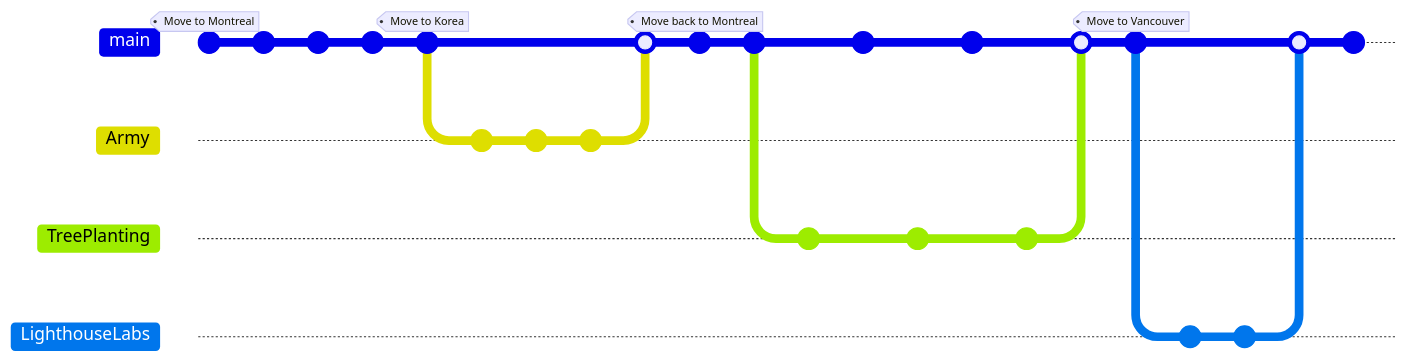
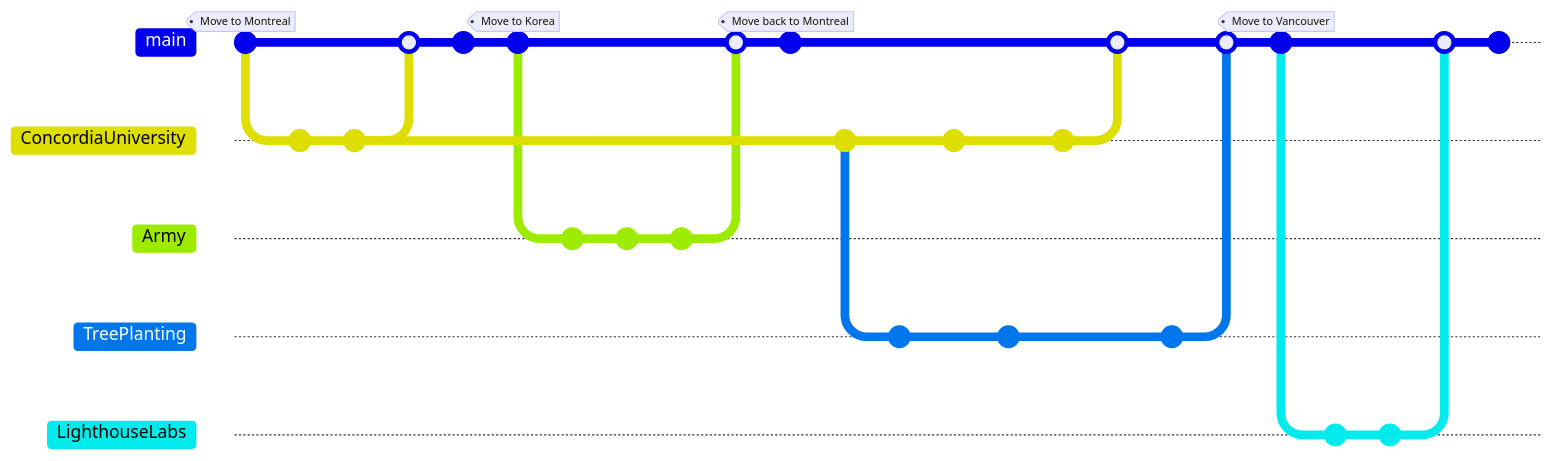
Before and after one commit to jakinyang/jakinyang: the diagram in README.md, drawn with Mermaid. Commit ids are hidden.

Commit message:
--fix mermaid diagram

````diff
--- a/README.md
+++ b/README.md
@@ -345,39 +345,46 @@
 ```mermaid
 gitGraph:
     commit tag: "Move to Montreal"
-    commit id: "2015 - start 1st Year University: Psychology"
-    commit id: "2016 - start 2nd Year University: Psychology"
+    branch ConcordiaUniversity
+    checkout ConcordiaUniversity
+    commit id: "2015 - start 1st Year Psychology"
+    commit id: "2016 - start 2nd Year Psychology"
+    checkout main
+    merge ConcordiaUniversity
     commit id: "2017 - return to Korea: Military Service"
     commit tag: "Move to Korea"
     branch Army
     checkout Army
     commit id: "2017 - complete army engineer training"
     commit id: "2019 - deploy to mine clearing operation"
     commit id: "2019 - complete military service"
     checkout main
     merge Army
     commit tag: "Move back to Montreal"
-    commit id: "2020 - start 3rd Year University: Psychology"
+    checkout ConcordiaUniversity
+    commit id: "2020 - start 3rd Year Psychology"
     branch TreePlanting
     checkout TreePlanting
     commit id: "1st Season Tree Planting"
-    checkout main
-    commit id: "2021 - start 4th Year University: Psychology"
+    checkout ConcordiaUniversity
+    commit id: "2021 - start 4th Year Psychology"
     checkout TreePlanting
     commit id: "2nd Season Tree Planting"
+    checkout ConcordiaUniversity
+    commit id: "2022 - graduate from Psychology"
     checkout main
-    commit id: "2022 - graduate from University: Psychology"
+    merge ConcordiaUniversity
     checkout TreePlanting
     commit id: "3rd Season Tree Planting"
     checkout main
     merge TreePlanting
     commit tag: "Move to Vancouver"
     branch LighthouseLabs
     checkout LighthouseLabs
     commit id: "Start Lighthouse Labs"
     checkout LighthouseLabs
     commit id: "Finish Lighthouse Labs"
     checkout main
     merge LighthouseLabs
     commit id: "Present"
 ```
````
